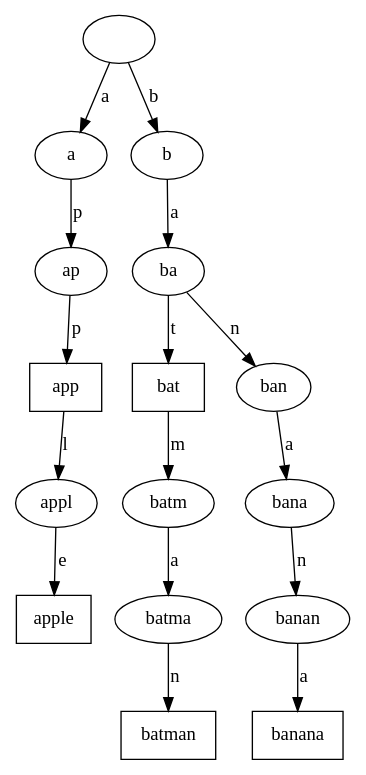
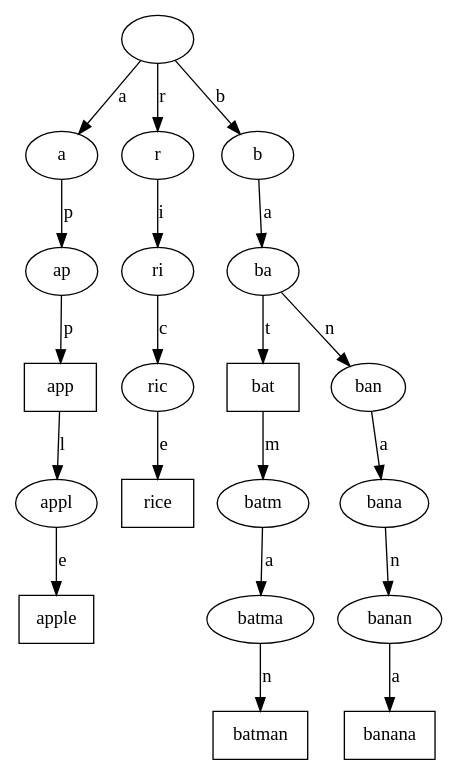
Before and after one commit to kathmoralest/MTTrie: the diagram in pruebasTrie/build/classes/files/trie.dot, drawn with Graphviz. The commit also changed 16 other files, not shown here.

```diff
--- a/pruebasTrie/build/classes/files/trie.dot
+++ b/pruebasTrie/build/classes/files/trie.dot
@@ -1,22 +1,27 @@
 digraph Trie {
 "" -> "a" [label="a"];
 "a" -> "ap" [label="p"];
 "ap" -> "app" [label="p"];
 "app" [shape=box];
 "app" -> "appl" [label="l"];
 "appl" -> "apple" [label="e"];
 "apple" [shape=box];
+"" -> "r" [label="r"];
+"r" -> "ri" [label="i"];
+"ri" -> "ric" [label="c"];
+"ric" -> "rice" [label="e"];
+"rice" [shape=box];
 "" -> "b" [label="b"];
 "b" -> "ba" [label="a"];
 "ba" -> "bat" [label="t"];
 "bat" [shape=box];
 "bat" -> "batm" [label="m"];
 "batm" -> "batma" [label="a"];
 "batma" -> "batman" [label="n"];
 "batman" [shape=box];
 "ba" -> "ban" [label="n"];
 "ban" -> "bana" [label="a"];
 "bana" -> "banan" [label="n"];
 "banan" -> "banana" [label="a"];
 "banana" [shape=box];
 }
```
